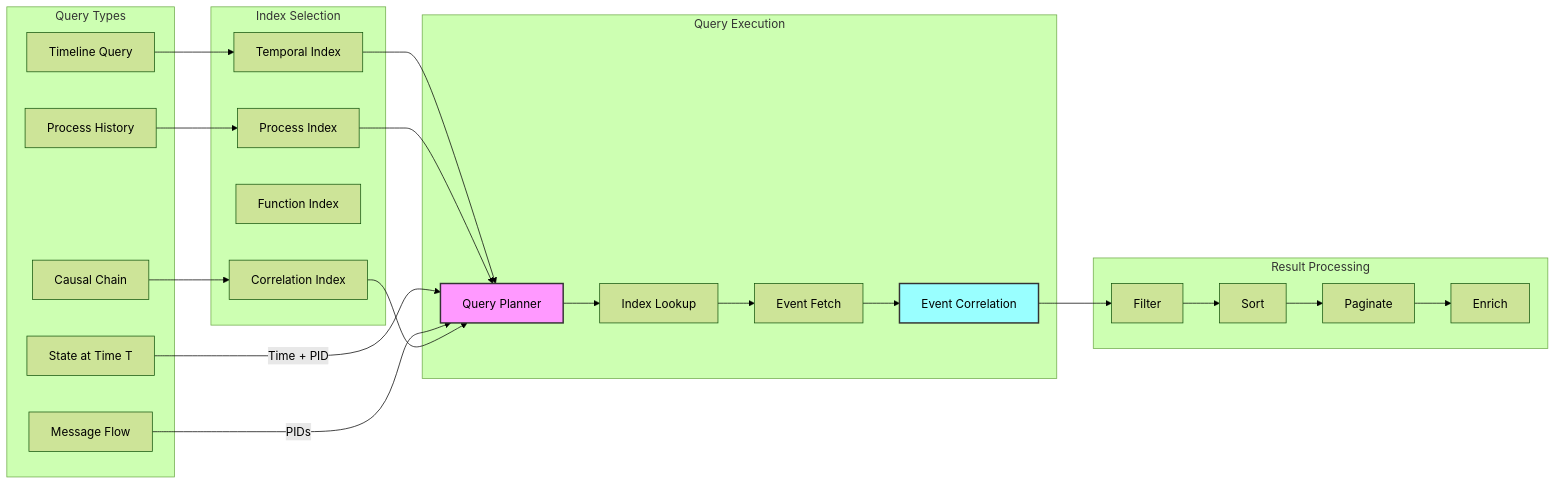
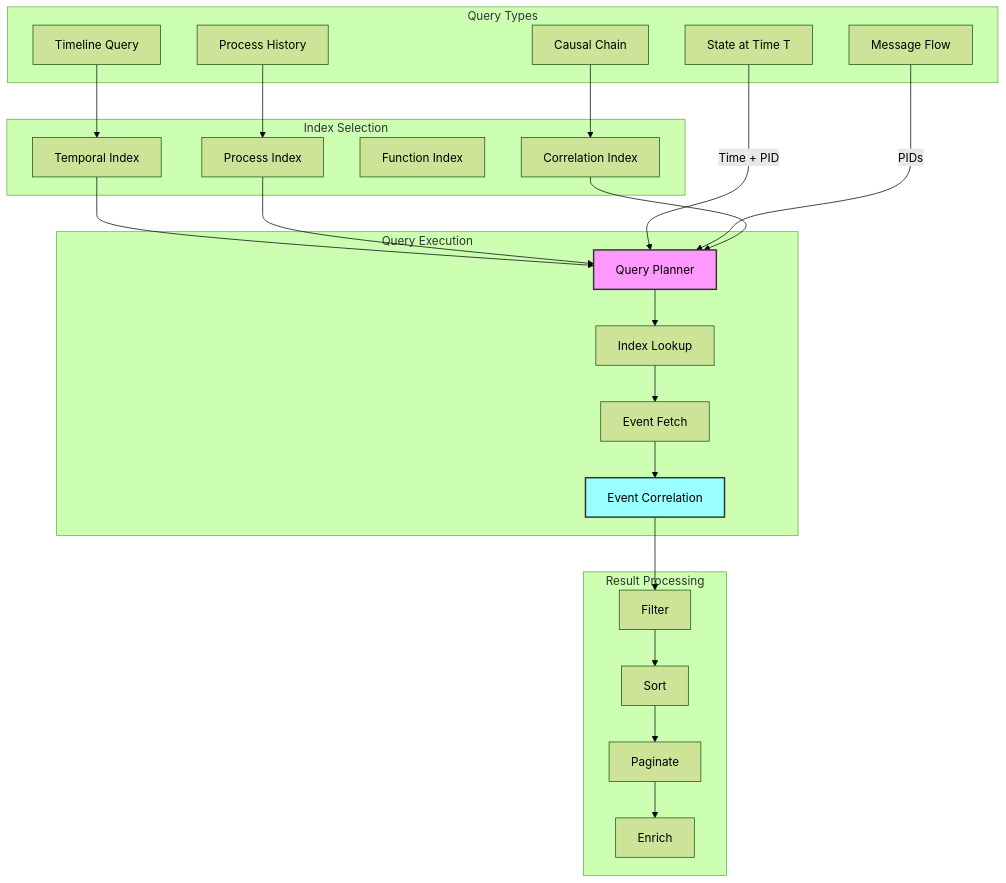
Before and after one commit to nshkrdotcom/ElixirScope: the fifth of 12 diagrams in DIAGS2.md, drawn with Mermaid (forest theme). The commit also changed other lines of this file, not shown here.

````diff
--- a/DIAGS2.md
+++ b/DIAGS2.md
@@ -244,43 +244,43 @@
 ```mermaid
-flowchart LR
+flowchart TB
     subgraph "Query Types"
         Q1[Timeline Query]
         Q2[Process History]
         Q3[State at Time T]
         Q4[Message Flow]
         Q5[Causal Chain]
     end
 
     subgraph "Index Selection"
         TI[Temporal Index]
         PI[Process Index]
         FI[Function Index]
         CI[Correlation Index]
     end
 
     subgraph "Query Execution"
         QP[Query Planner]
         IE[Index Lookup]
         EF[Event Fetch]
         EC[Event Correlation]
     end
 
     subgraph "Result Processing"
         F[Filter]
         S[Sort]
         P[Paginate]
         E[Enrich]
     end
 
     Q1 --> TI --> QP
     Q2 --> PI --> QP
     Q3 --> |Time + PID| QP
     Q4 --> |PIDs| QP
     Q5 --> CI --> QP
 
     QP --> IE --> EF --> EC
     EC --> F --> S --> P --> E
 
     style QP fill:#f9f,stroke:#333,stroke-width:2px,color:#000
     style EC fill:#9ff,stroke:#333,stroke-width:2px,color:#000
 ```
````
